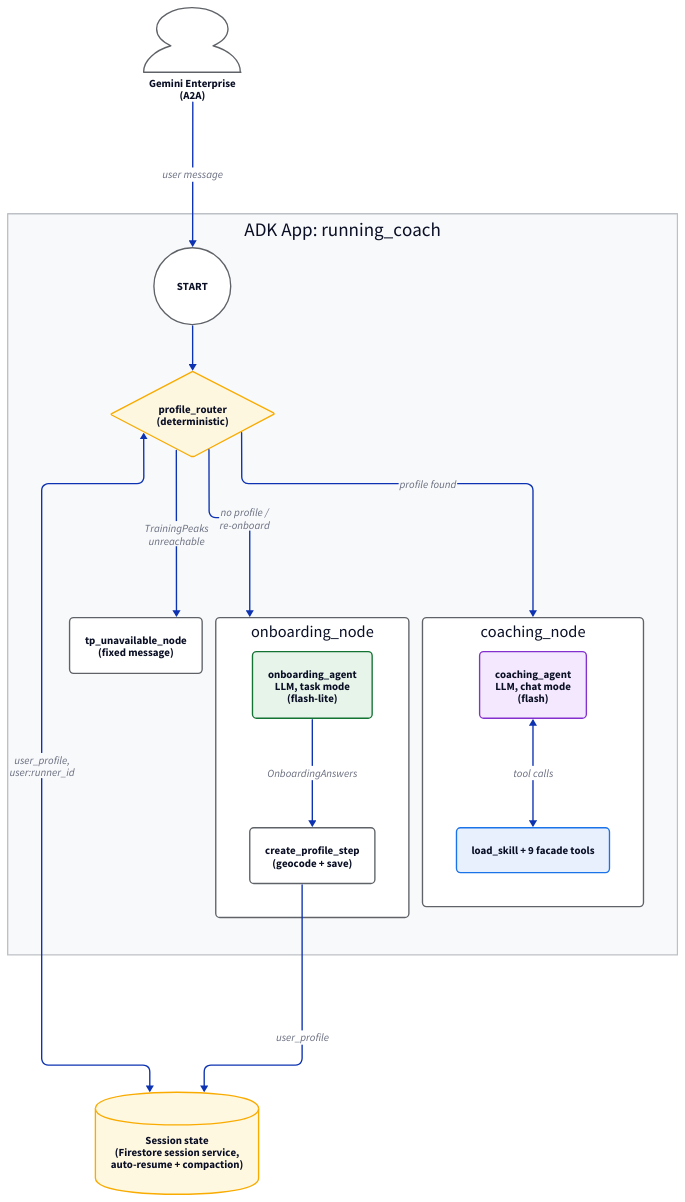
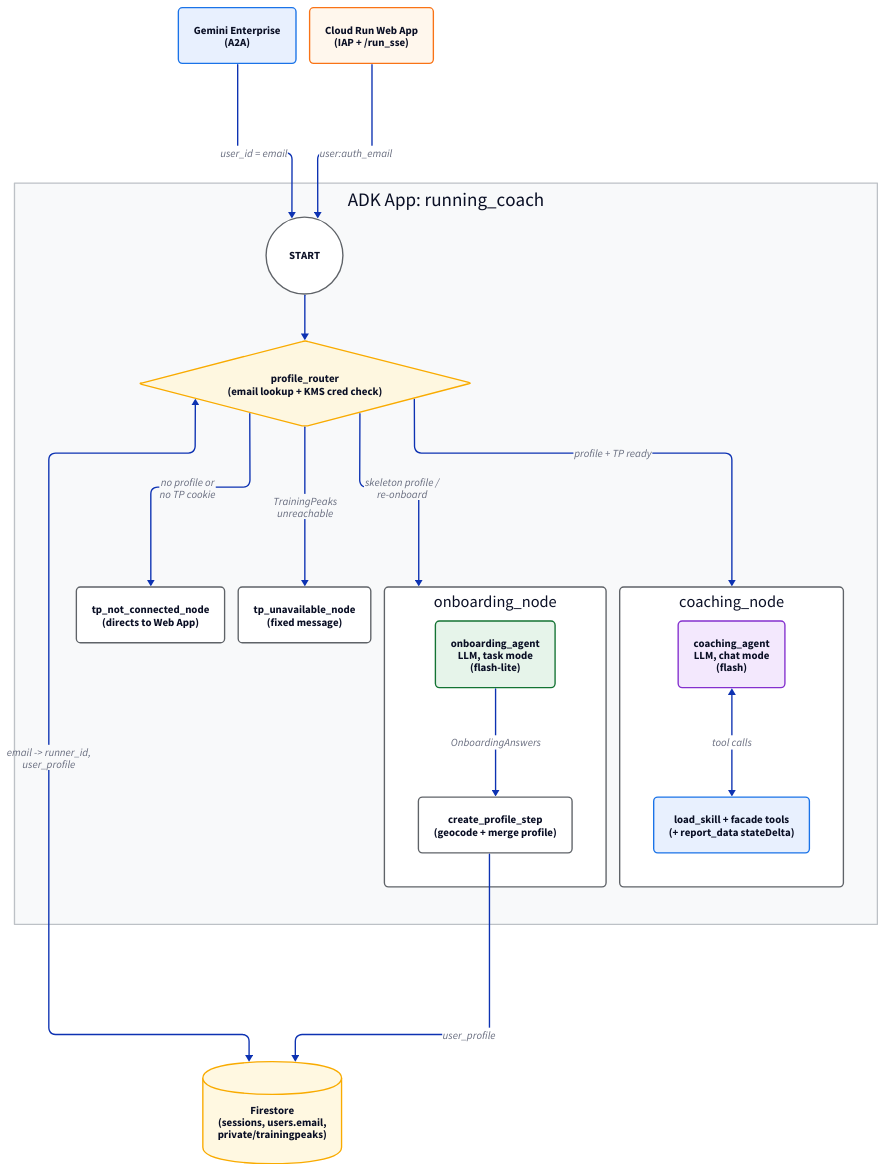
The diagram in docs/diagrams/02_adk_workflow.d2 (cy-visser/runningagent), drawn with D2 before and after one commit. The commit also changed 116 other files, not shown here.

Commit message:
Added web app

```diff
--- a/docs/diagrams/02_adk_workflow.d2
+++ b/docs/diagrams/02_adk_workflow.d2
@@ -1,52 +1,57 @@
 direction: down
 
 vars: {
   d2-config: {
     layout-engine: elk
   }
 }
 
 classes: {
   compute: {style.fill: "#e8f0fe"; style.stroke: "#1a73e8"; style.border-radius: 6}
+  web: {style.fill: "#fff7ed"; style.stroke: "#f97316"; style.border-radius: 6}
   ai: {style.fill: "#e6f4ea"; style.stroke: "#137333"; style.border-radius: 6}
   det: {style.fill: "#ffffff"; style.stroke: "#5f6368"; style.border-radius: 6}
   data: {shape: cylinder; style.fill: "#fff8e1"; style.stroke: "#f9ab00"}
   core: {style.fill: "#f3e8fd"; style.stroke: "#8430ce"; style.border-radius: 6; style.bold: true}
   decision: {shape: diamond; style.fill: "#fef7e0"; style.stroke: "#f9ab00"}
 }
 
-client: "Gemini Enterprise\n(A2A)" {shape: person; style.fill: "#ffffff"; style.stroke: "#5f6368"}
-session: "Session state\n(Firestore session service,\nauto-resume + compaction)" {class: data}
+ge_client: "Gemini Enterprise\n(A2A)" {class: compute}
+web_client: "Cloud Run Web App\n(IAP + /run_sse)" {class: web}
+session: "Firestore\n(sessions, users.email,\nprivate/trainingpeaks)" {class: data}
 
 app: "ADK App: running_coach" {
   style.fill: "#f8f9fa"
   style.stroke: "#bdc1c6"
 
   start: "START" {shape: circle; class: det}
-  router: "profile_router\n(deterministic)" {class: decision}
+  router: "profile_router\n(email lookup + KMS cred check)" {class: decision}
 
+  not_connected: "tp_not_connected_node\n(directs to Web App)" {class: det}
   unavailable: "tp_unavailable_node\n(fixed message)" {class: det}
 
   onboarding: "onboarding_node" {
     class: det
     agent: "onboarding_agent\nLLM, task mode\n(flash-lite)" {class: ai}
-    save: "create_profile_step\n(geocode + save)" {class: det}
+    save: "create_profile_step\n(geocode + merge profile)" {class: det}
     agent -> save: "OnboardingAnswers"
   }
 
   coaching: "coaching_node" {
     class: det
     agent: "coaching_agent\nLLM, chat mode\n(flash)" {class: core}
-    tools: "load_skill + 9 facade tools" {class: compute}
+    tools: "load_skill + facade tools\n(+ report_data stateDelta)" {class: compute}
     agent <-> tools: "tool calls"
   }
 
   start -> router
-  router -> onboarding: "no profile /\nre-onboard"
-  router -> coaching: "profile found"
+  router -> not_connected: "no profile or\nno TP cookie"
+  router -> onboarding: "skeleton profile /\nre-onboard"
+  router -> coaching: "profile + TP ready"
   router -> unavailable: "TrainingPeaks\nunreachable"
 }
 
-client -> app.start: "user message"
-app.router <-> session: "user_profile,\nuser:runner_id"
+ge_client -> app.start: "user_id = email"
+web_client -> app.start: "user:auth_email"
+app.router <-> session: "email -> runner_id,\nuser_profile"
 app.onboarding.save -> session: "user_profile"
```
